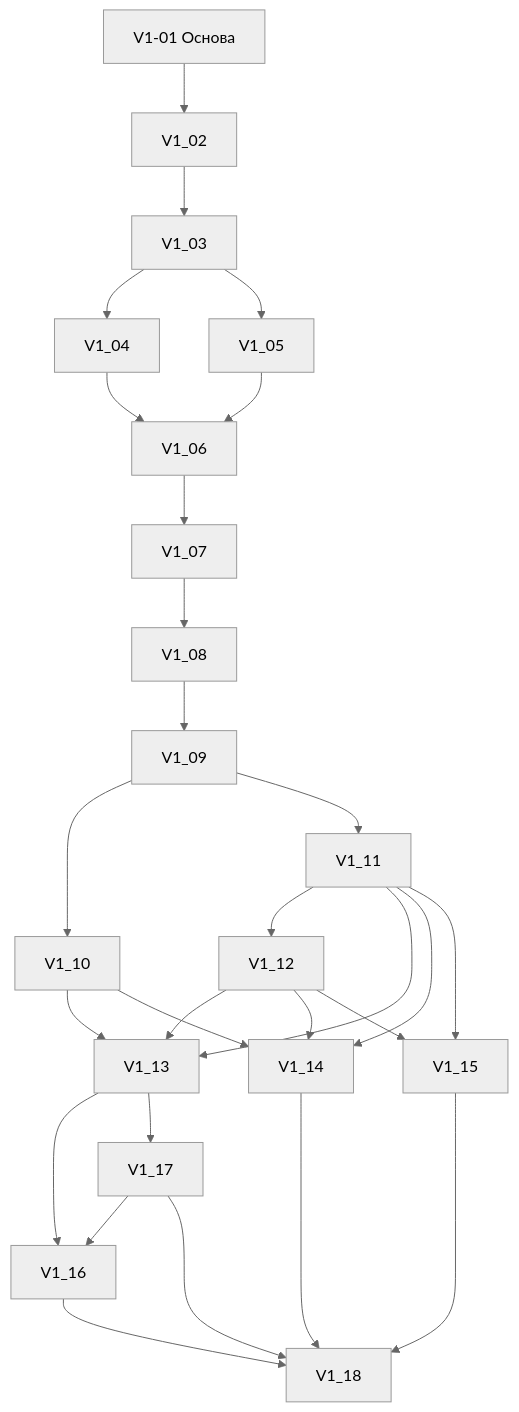
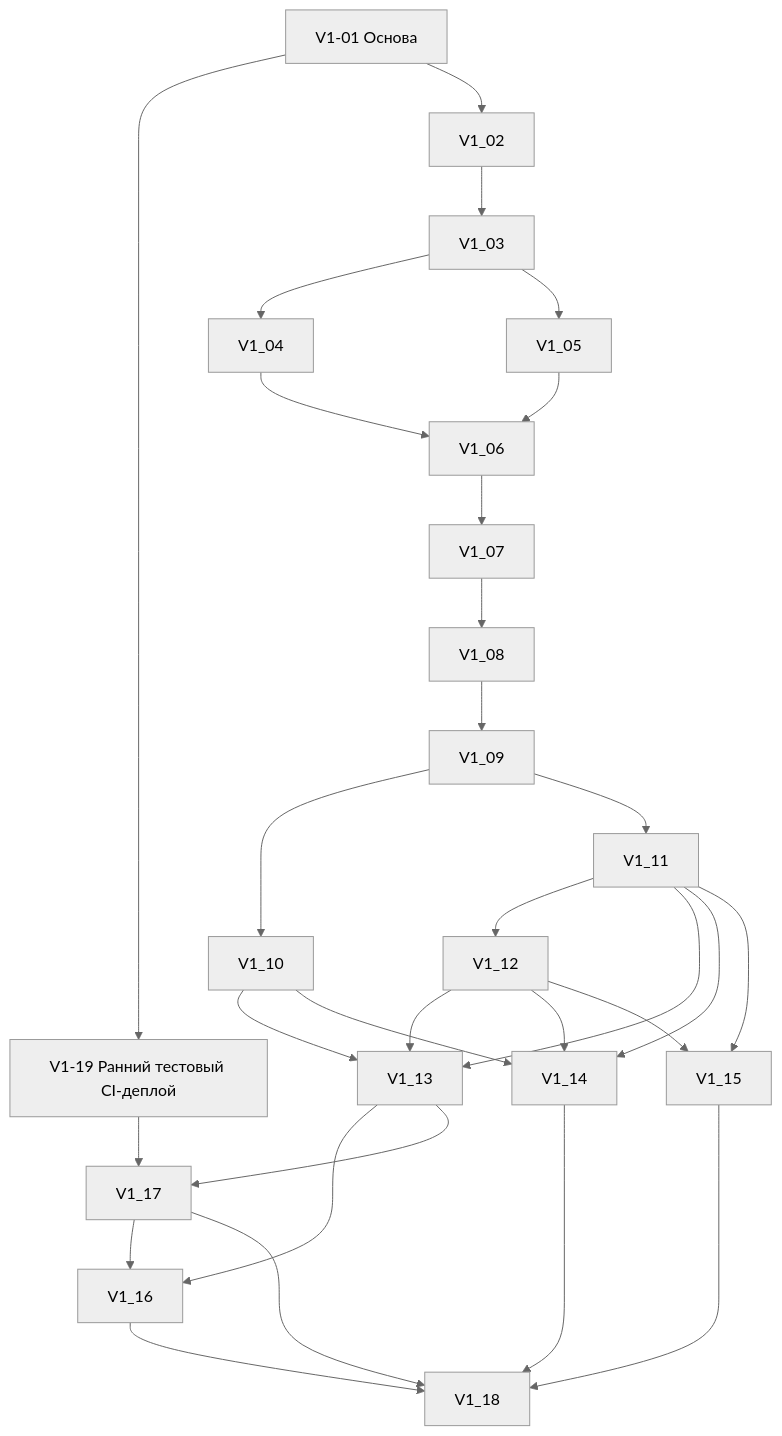
The diagram in docs/development-plan-v1.md (NikishGum/JudeOSLite), drawn with Mermaid (neutral theme) before and after one commit. The commit also changed 18 other files, not shown here.

````diff
--- a/docs/development-plan-v1.md
+++ b/docs/development-plan-v1.md
@@ -35,31 +35,33 @@
 ```mermaid
 flowchart TD
   V1_01["V1-01 Основа"]
+  V1_01 --> V1_19["V1-19 Ранний тестовый CI-деплой"]
+  V1_19 --> V1_17
   V1_01 --> V1_02
   V1_02 --> V1_03
   V1_03 --> V1_04
   V1_03 --> V1_05
   V1_04 --> V1_06
   V1_05 --> V1_06
   V1_06 --> V1_07
   V1_07 --> V1_08
   V1_08 --> V1_09
   V1_09 --> V1_10
   V1_09 --> V1_11
   V1_11 --> V1_12
   V1_10 --> V1_13
   V1_11 --> V1_13
   V1_12 --> V1_13
   V1_10 --> V1_14
   V1_11 --> V1_14
   V1_12 --> V1_14
   V1_11 --> V1_15
   V1_12 --> V1_15
   V1_17 --> V1_16
   V1_13 --> V1_16
   V1_13 --> V1_17
   V1_14 --> V1_18
   V1_15 --> V1_18
   V1_16 --> V1_18
   V1_17 --> V1_18
 ```
````
